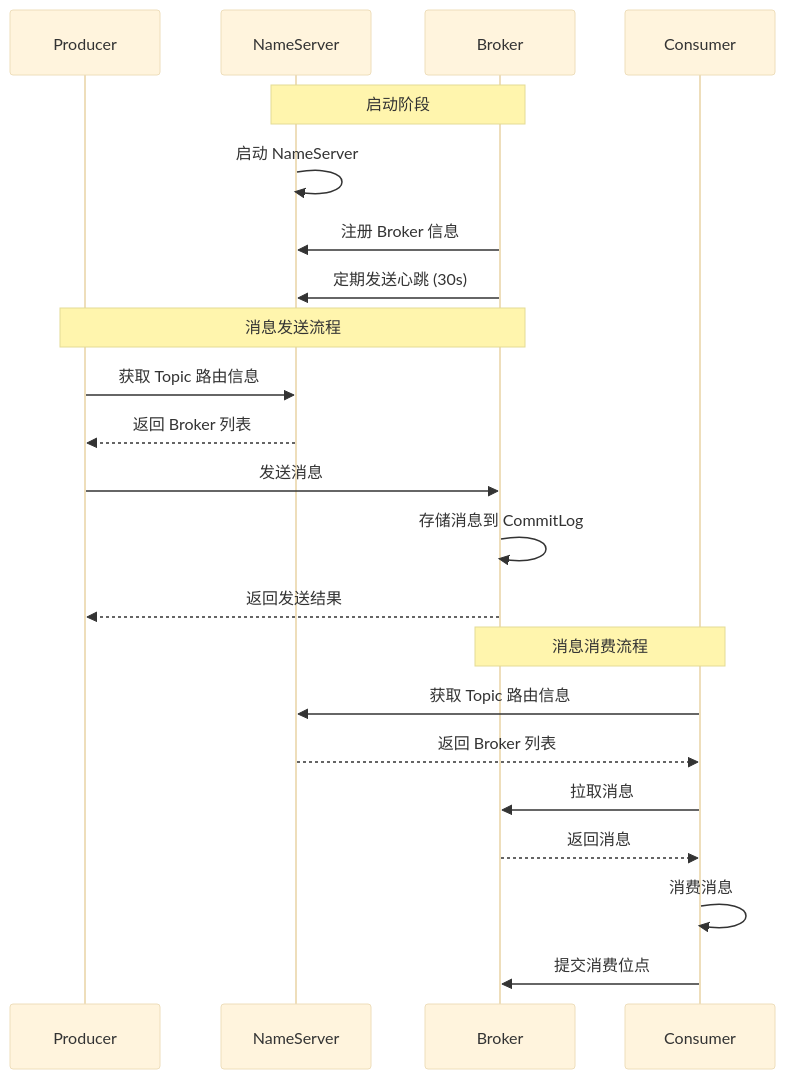
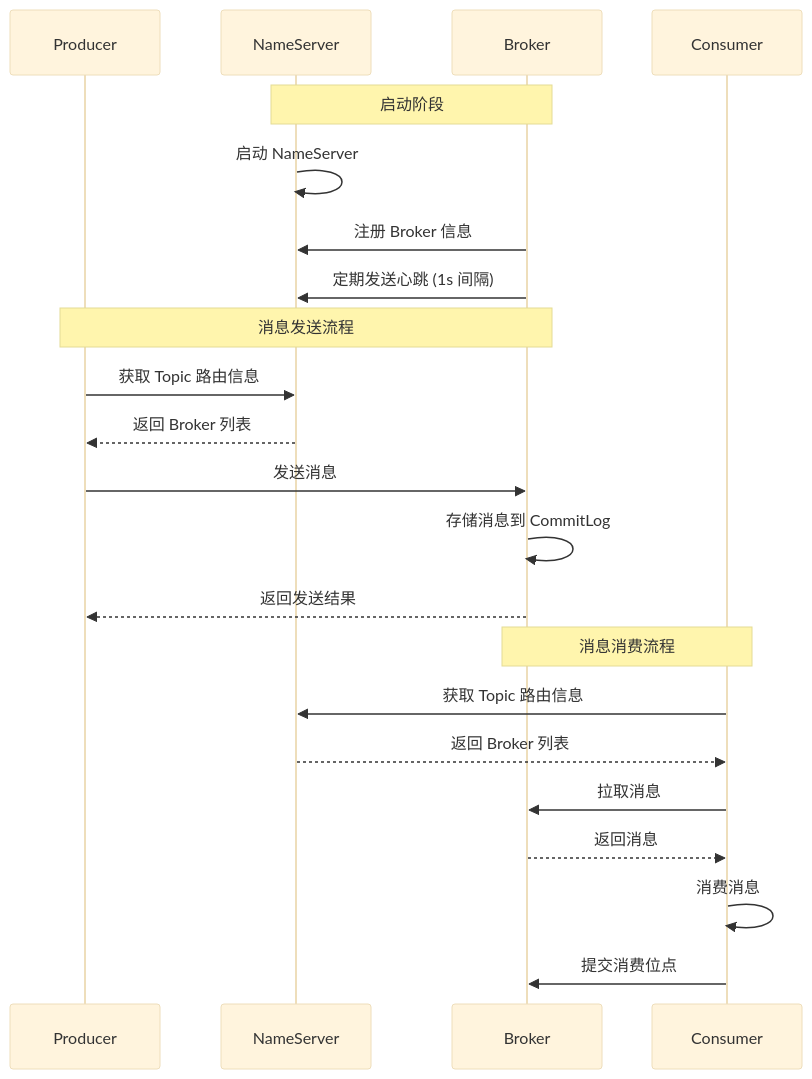
One commit to wilimm/rocketmq changed the second of 3 diagrams in docs/RocketMQ技术架构/01-概述篇.md. Above: the diagram before and after it, drawn with Mermaid (base theme). The commit also changed other lines of this file and 12 other files, not shown here.

````diff
--- a/docs/RocketMQ技术架构/01-概述篇.md
+++ b/docs/RocketMQ技术架构/01-概述篇.md
@@ -99,27 +103,27 @@
 ```mermaid
 sequenceDiagram
     participant P as Producer
     participant N as NameServer
     participant B as Broker
     participant C as Consumer
 
     Note over N,B: 启动阶段
     N->>N: 启动 NameServer
     B->>N: 注册 Broker 信息
-    B->>N: 定期发送心跳 (30s)
+    B->>N: 定期发送心跳 (1s 间隔)
 
     Note over P,B: 消息发送流程
     P->>N: 获取 Topic 路由信息
     N-->>P: 返回 Broker 列表
     P->>B: 发送消息
     B->>B: 存储消息到 CommitLog
     B-->>P: 返回发送结果
 
     Note over C,B: 消息消费流程
     C->>N: 获取 Topic 路由信息
     N-->>C: 返回 Broker 列表
     C->>B: 拉取消息
     B-->>C: 返回消息
     C->>C: 消费消息
     C->>B: 提交消费位点
 ```
````
